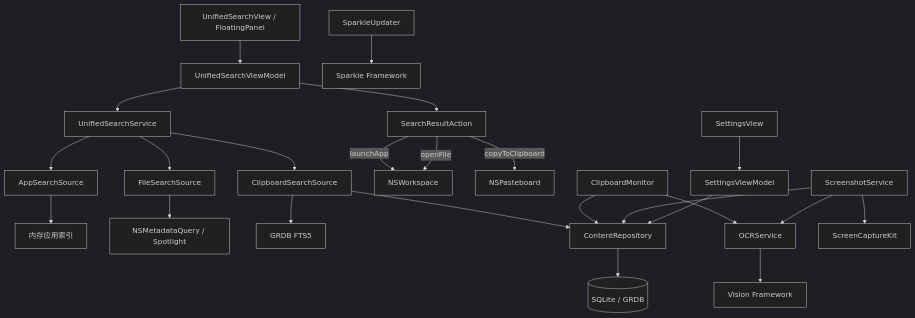
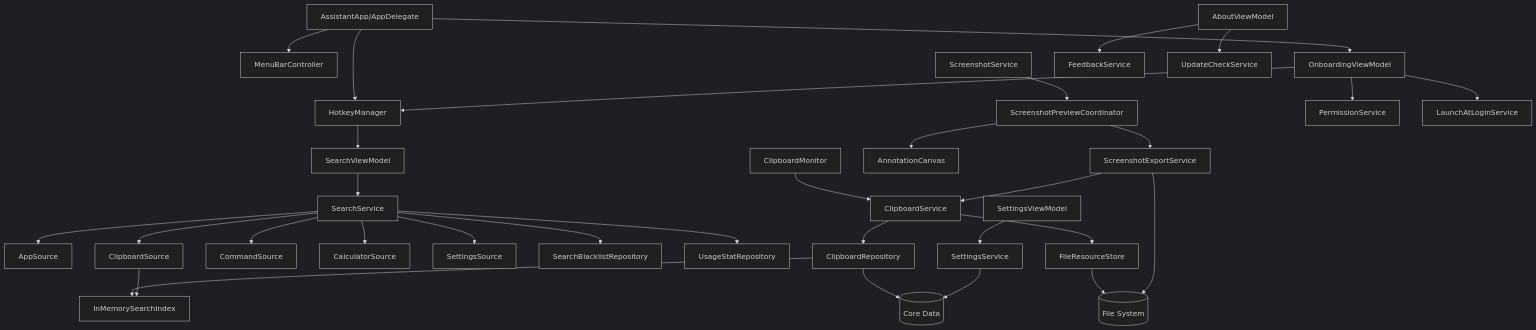
One commit to freeabyss/assistant changed the diagram in doc/architecture_api.md. Above: the diagram before and after it, drawn with Mermaid (dark theme). The commit also changed other lines of this file and 8 other files, not shown here.

````diff
--- a/doc/architecture_api.md
+++ b/doc/architecture_api.md
@@ -433,26 +915,39 @@
 ```mermaid
 graph TD
-    A[UnifiedSearchView / FloatingPanel] --> US[UnifiedSearchViewModel]
-    US --> USS[UnifiedSearchService]
-    USS --> AS[AppSearchSource]
-    USS --> FS[FileSearchSource]
-    USS --> CS[ClipboardSearchSource]
-    AS --> IDX[内存应用索引]
-    FS --> MQ[NSMetadataQuery / Spotlight]
-    CS --> FTS[GRDB FTS5]
-    CS --> REPO[ContentRepository]
-    US --> ACT[SearchResultAction]
-    ACT -->|launchApp| WS[NSWorkspace]
-    ACT -->|openFile| WS
-    ACT -->|copyToClipboard| PB[NSPasteboard]
-    E[ClipboardMonitor] --> REPO
-    E --> OCR[OCRService]
-    OCR --> VN[Vision Framework]
-    SS[ScreenshotService] --> SC[ScreenCaptureKit]
-    SS --> OCR
-    SS --> REPO
-    REPO --> DB[(SQLite / GRDB)]
-    I[SettingsView] --> J[SettingsViewModel]
-    J --> REPO
-    K[SparkleUpdater] --> L[Sparkle Framework]
+    App[AssistantApp/AppDelegate] --> Menu[MenuBarController]
+    App --> Hotkey[HotkeyManager]
+    App --> Onboarding[OnboardingViewModel]
+
+    Hotkey --> SearchVM[SearchViewModel]
+    SearchVM --> SearchService[SearchService]
+    SearchService --> AppSource[AppSource]
+    SearchService --> ClipboardSource[ClipboardSource]
+    SearchService --> CommandSource[CommandSource]
+    SearchService --> CalculatorSource[CalculatorSource]
+    SearchService --> SettingsSource[SettingsSource]
+    SearchService --> Blacklist[SearchBlacklistRepository]
+    SearchService --> Usage[UsageStatRepository]
+
+    ClipboardMonitor[ClipboardMonitor] --> ClipboardService[ClipboardService]
+    ClipboardService --> ClipboardRepo[ClipboardRepository]
+    ClipboardService --> ResourceStore[FileResourceStore]
+    ClipboardRepo --> CoreData[(Core Data)]
+    ResourceStore --> FS[(File System)]
+    ClipboardRepo --> Index[InMemorySearchIndex]
+    ClipboardSource --> Index
+
+    ScreenshotService[ScreenshotService] --> Preview[ScreenshotPreviewCoordinator]
+    Preview --> Annotation[AnnotationCanvas]
+    Preview --> ScreenshotExport[ScreenshotExportService]
+    ScreenshotExport --> ClipboardService
+    ScreenshotExport --> FS
+
+    SettingsVM[SettingsViewModel] --> SettingsService[SettingsService]
+    SettingsService --> CoreData
+    Onboarding --> Permission[PermissionService]
+    Onboarding --> Hotkey
+    Onboarding --> Launch[LaunchAtLoginService]
+
+    About[AboutViewModel] --> Feedback[FeedbackService]
+    About --> Update[UpdateCheckService]
 ```
````
